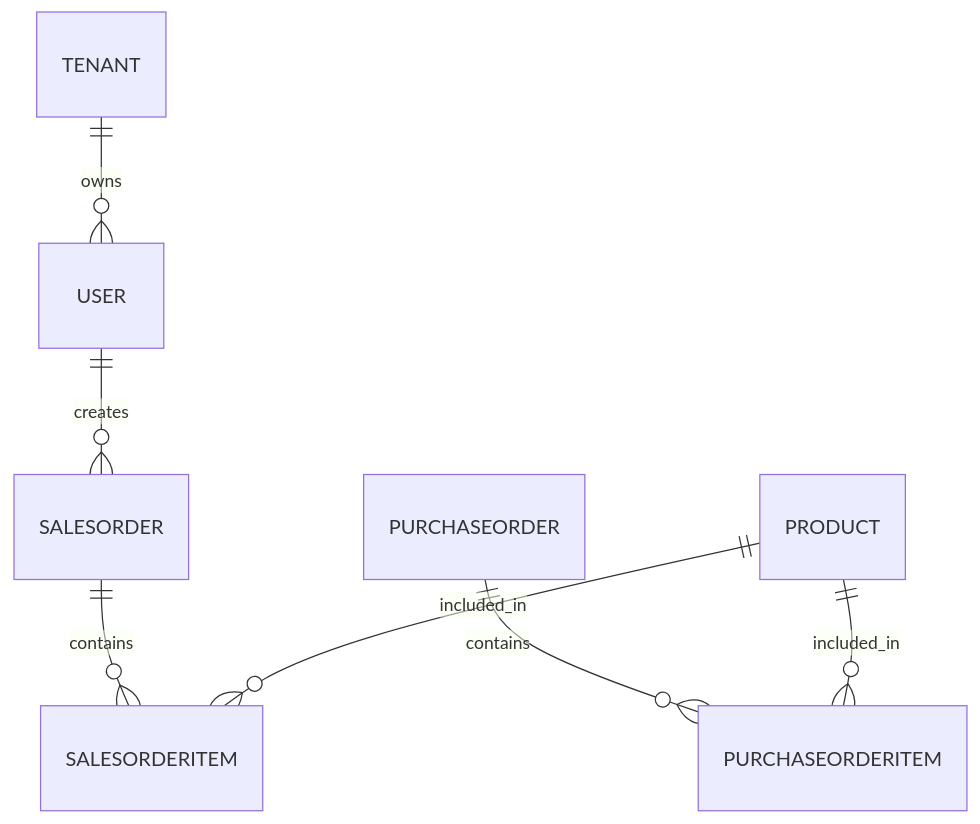
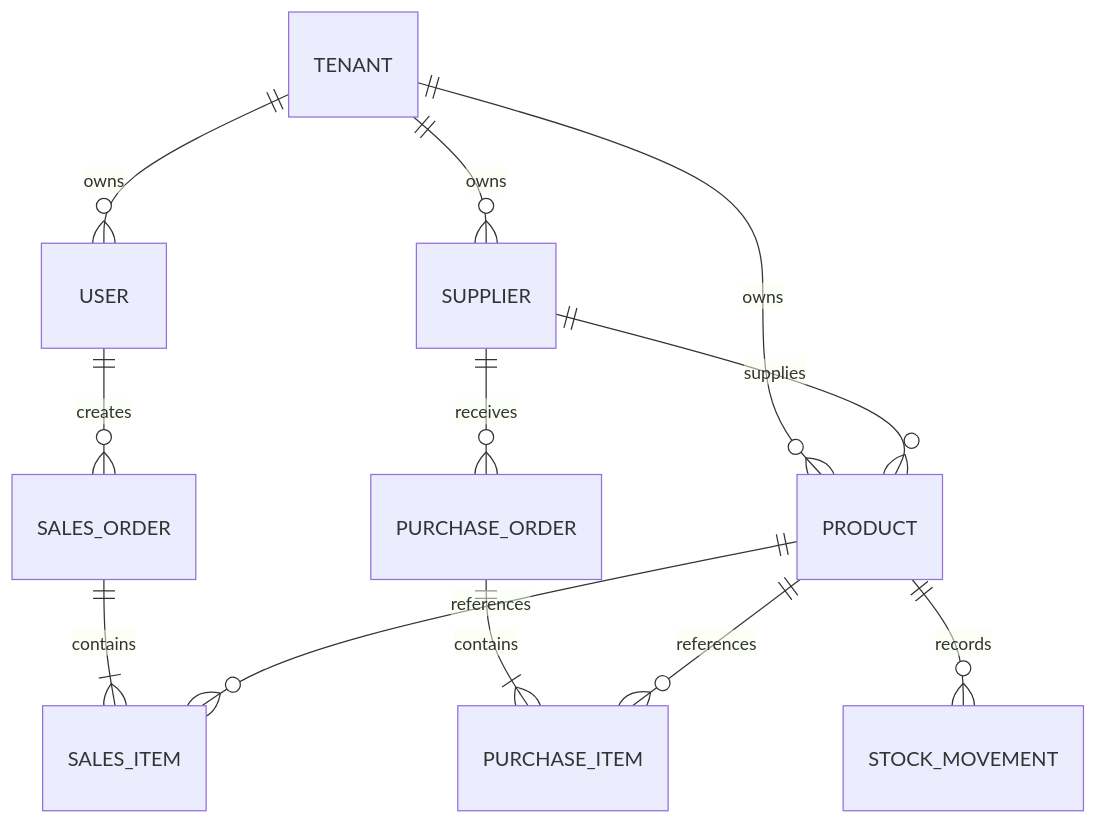
The diagram in docs/database_schema.md (amirdev1883/b2b-inventory-management), drawn with Mermaid before and after one commit. The commit also changed other lines of this file and 973 other files, not shown here.

Commit message:
Complete tenant-isolated B2B inventory and order management MVP

````diff
--- a/docs/database_schema.md
+++ b/docs/database_schema.md
@@ -22,9 +18,14 @@
 ```mermaid
 erDiagram
     TENANT ||--o{ USER : owns
-    USER ||--o{ SALESORDER : creates
-    SALESORDER ||--o{ SALESORDERITEM : contains
-    PURCHASEORDER ||--o{ PURCHASEORDERITEM : contains
-    PRODUCT ||--o{ SALESORDERITEM : included_in
-    PRODUCT ||--o{ PURCHASEORDERITEM : included_in
+    TENANT ||--o{ SUPPLIER : owns
+    TENANT ||--o{ PRODUCT : owns
+    SUPPLIER ||--o{ PRODUCT : supplies
+    SUPPLIER ||--o{ PURCHASE_ORDER : receives
+    USER ||--o{ SALES_ORDER : creates
+    SALES_ORDER ||--|{ SALES_ITEM : contains
+    PURCHASE_ORDER ||--|{ PURCHASE_ITEM : contains
+    PRODUCT ||--o{ SALES_ITEM : references
+    PRODUCT ||--o{ PURCHASE_ITEM : references
+    PRODUCT ||--o{ STOCK_MOVEMENT : records
 ```
````
